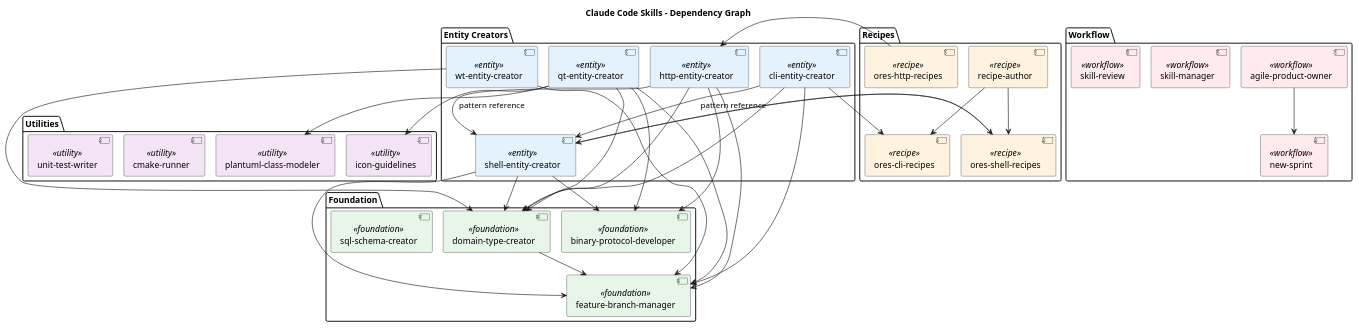
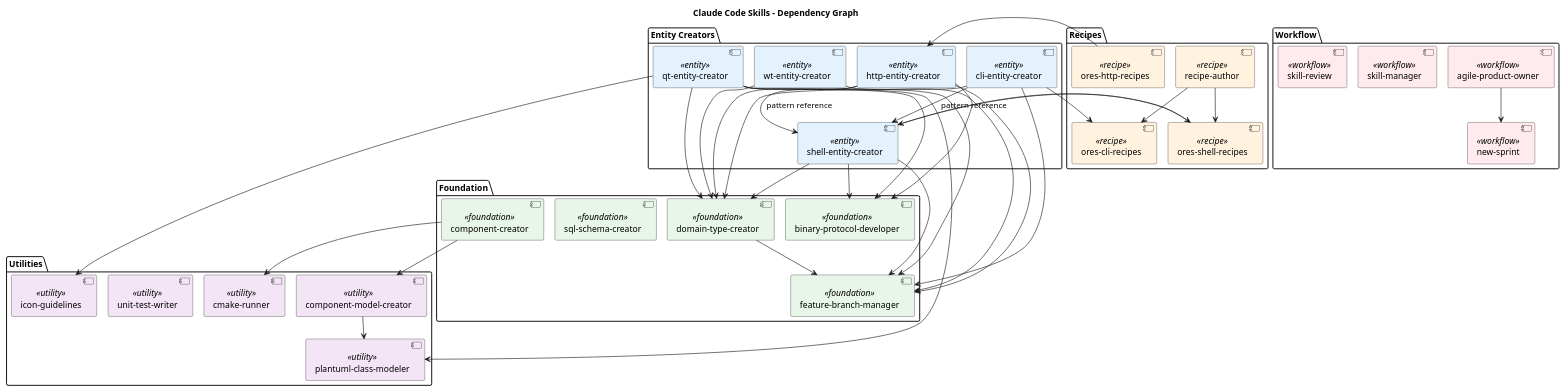
One commit to OreStudio/OreStudio changed the diagram in doc/skills/modeling/skill_dependencies.puml. Above: the diagram before and after it, drawn with PlantUML. The commit also changed 16 other files, not shown here.

First line of the commit message:
[doc] Documentation cleanup and component model improvements (#305)

```diff
--- a/doc/skills/modeling/skill_dependencies.puml
+++ b/doc/skills/modeling/skill_dependencies.puml
@@ -17,117 +17,124 @@
 @startuml skill_dependencies
 !pragma layout smetana
 
 title Claude Code Skills - Dependency Graph
 
 ' Styling
 skinparam component {
     BackgroundColor<<foundation>> #E8F5E9
     BackgroundColor<<entity>> #E3F2FD
     BackgroundColor<<recipe>> #FFF3E0
     BackgroundColor<<utility>> #F3E5F5
     BackgroundColor<<workflow>> #FFEBEE
 }
 
 ' =============================================================================
 ' Foundation Skills
 ' Skills that provide core functionality used by many other skills
 ' =============================================================================
 package "Foundation" {
     [domain-type-creator] <<foundation>> as dtc
     [binary-protocol-developer] <<foundation>> as bpd
     [feature-branch-manager] <<foundation>> as fbm
     [sql-schema-creator] <<foundation>> as ssc
+    [component-creator] <<foundation>> as cc
 }
 
 ' =============================================================================
 ' Entity Creator Skills
 ' Skills for creating entity support across different layers
 ' =============================================================================
 package "Entity Creators" {
     [qt-entity-creator] <<entity>> as qt
     [shell-entity-creator] <<entity>> as shell
     [http-entity-creator] <<entity>> as http
     [cli-entity-creator] <<entity>> as cli
     [wt-entity-creator] <<entity>> as wt
 }
 
 ' =============================================================================
 ' Recipe Skills
 ' Skills for maintaining executable documentation
 ' =============================================================================
 package "Recipes" {
     [recipe-author] <<recipe>> as ra
     [ores-shell-recipes] <<recipe>> as osr
     [ores-cli-recipes] <<recipe>> as ocr
     [ores-http-recipes] <<recipe>> as ohr
 }
 
 ' =============================================================================
 ' Utility Skills
 ' Supporting skills for specific tasks
 ' =============================================================================
 package "Utilities" {
     [icon-guidelines] <<utility>> as icon
     [plantuml-class-modeler] <<utility>> as puml
     [cmake-runner] <<utility>> as cmake
     [unit-test-writer] <<utility>> as utw
+    [component-model-creator] <<utility>> as cmc
 }
 
 ' =============================================================================
 ' Workflow Skills
 ' Skills for development workflow and process
 ' =============================================================================
 package "Workflow" {
     [agile-product-owner] <<workflow>> as apo
     [new-sprint] <<workflow>> as ns
     [skill-manager] <<workflow>> as sm
     [skill-review] <<workflow>> as sr
 }
 
 ' =============================================================================
 ' Dependencies
 ' Arrows show "references" relationship (A --> B means A references B)
 ' =============================================================================
 
 ' Foundation internal
 dtc --> fbm
+cc --> cmc
+cc --> cmake
 
 ' Qt entity creator dependencies
 qt --> dtc
 qt --> bpd
 qt --> fbm
 qt --> icon
 qt --> puml
 
 ' Shell entity creator dependencies
 shell --> dtc
 shell --> bpd
 shell --> fbm
 shell --> osr
 
 ' HTTP entity creator dependencies
 http --> dtc
 http --> bpd
 http --> fbm
 http --> shell : "pattern reference"
 
 ' CLI entity creator dependencies
 cli --> dtc
 cli --> fbm
 cli --> ocr
 cli --> shell : "pattern reference"
 
 ' Wt entity creator dependencies
 wt --> dtc
 wt --> fbm
 
 ' Recipe skill dependencies
 ra --> osr
 ra --> ocr
 osr --> shell
 ohr --> http
 
 ' Workflow dependencies
 apo --> ns
 
+' Utility dependencies
+cmc --> puml
+
 @enduml
```
